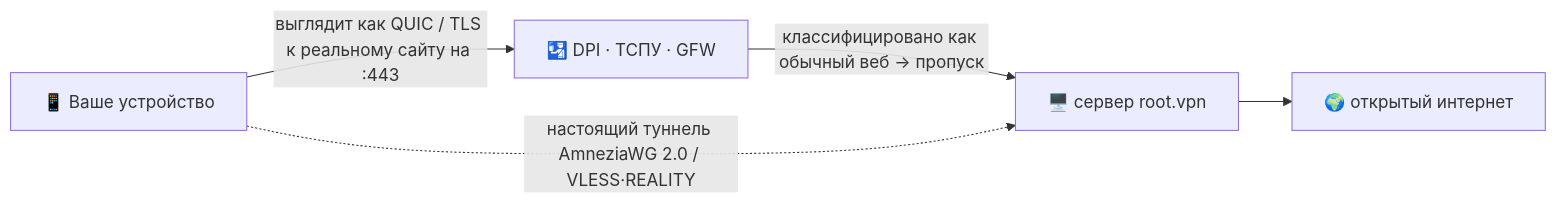
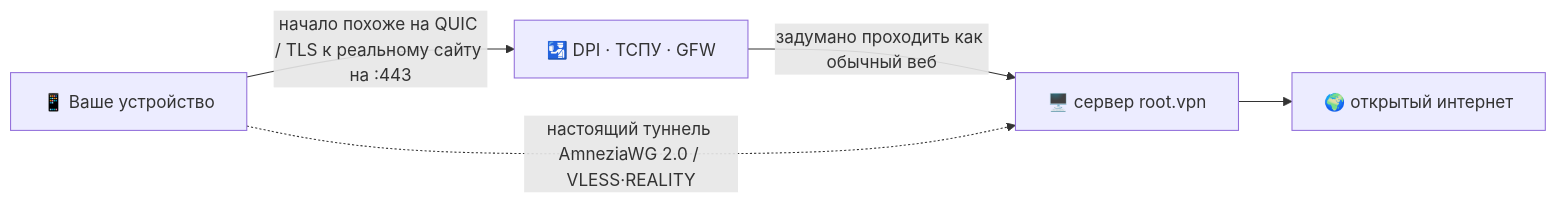
Before and after one commit to vektort13/root.vpn: the diagram in README.ru.md, drawn with Mermaid. The commit also changed other lines of this file and 3 other files, not shown here.

````diff
--- a/README.ru.md
+++ b/README.ru.md
@@ -62,7 +69,7 @@
 ```mermaid
 flowchart LR
-    C["📱 Ваше устройство"] -->|"выглядит как QUIC / TLS к реальному сайту на :443"| DPI["🛂 DPI · ТСПУ · GFW"]
-    DPI -->|"классифицировано как обычный веб → пропуск"| S["🖥️ сервер root.vpn"]
+    C["📱 Ваше устройство"] -->|"начало похоже на QUIC / TLS к реальному сайту на :443"| DPI["🛂 DPI · ТСПУ · GFW"]
+    DPI -->|"задумано проходить как обычный веб"| S["🖥️ сервер root.vpn"]
     C -. "настоящий туннель AmneziaWG 2.0 / VLESS·REALITY" .-> S
     S --> NET["🌍 открытый интернет"]
 ```
````
